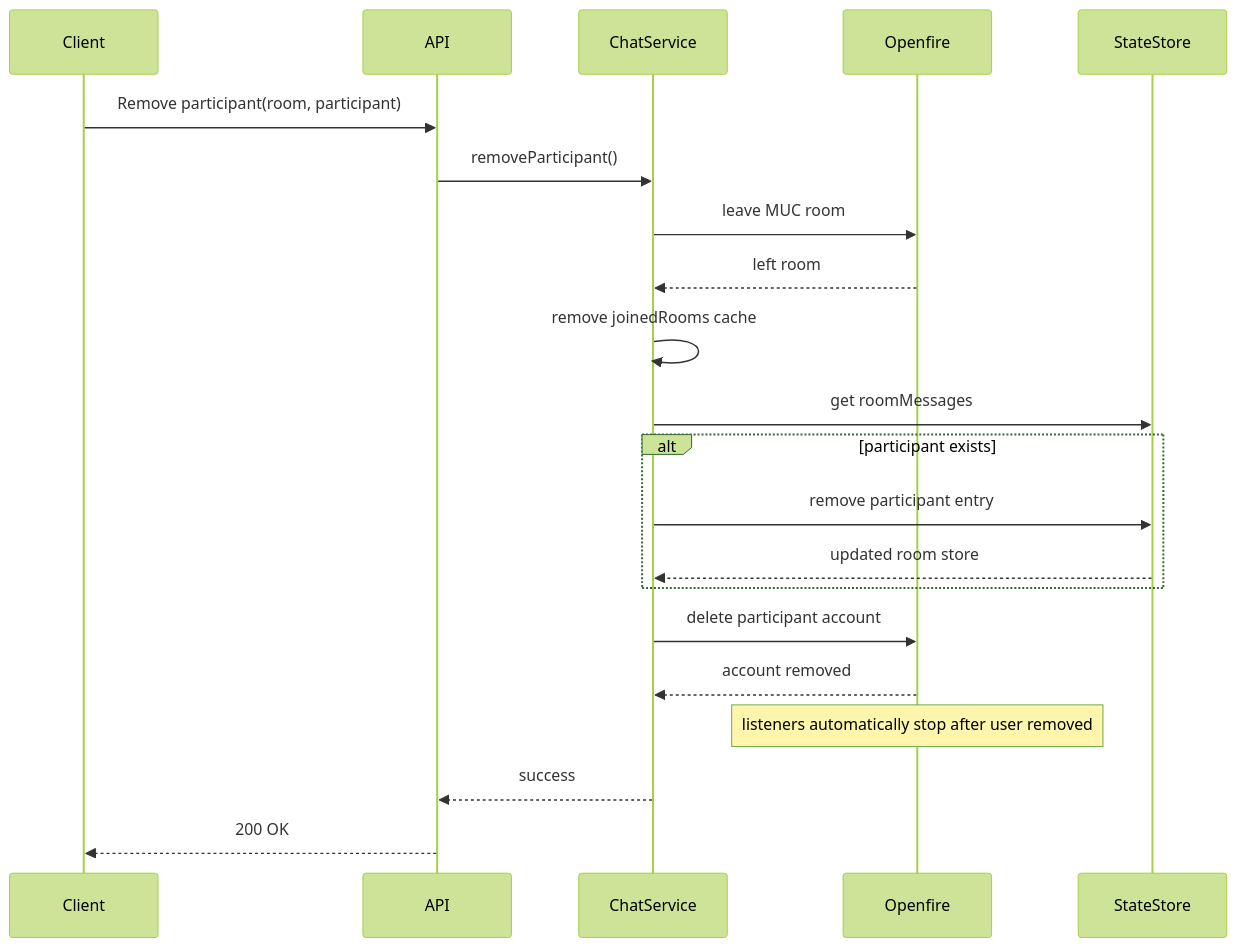
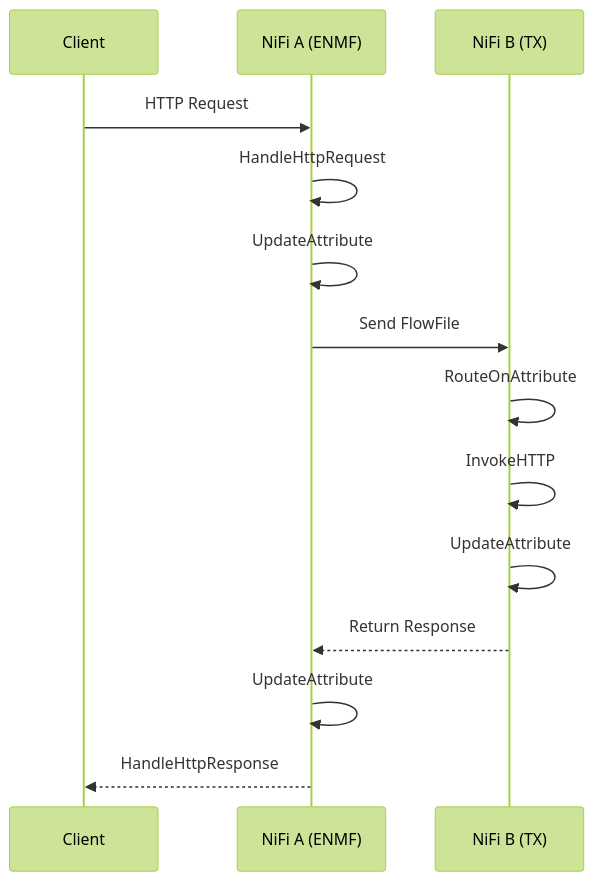
One commit to saneera/apache-nifi changed the second of 2 diagrams in openfire-chat/readme.md. Above: the diagram before and after it, drawn with Mermaid (forest theme). The commit also changed other lines of this file, not shown here.

````diff
--- a/openfire-chat/readme.md
+++ b/openfire-chat/readme.md
@@ -35,33 +137,24 @@
 ```mermaid
 
 sequenceDiagram
-    participant Client
-    participant API
-    participant ChatService
-    participant Openfire
-    participant StateStore
 
-    Client->>API: Remove participant(room, participant)
+participant Client
+participant ENMF as NiFi A (ENMF)
+participant TX as NiFi B (TX)
 
-    API->>ChatService: removeParticipant()
+Client->>ENMF: HTTP Request
+ENMF->>ENMF: HandleHttpRequest
+ENMF->>ENMF: UpdateAttribute
 
-    ChatService->>Openfire: leave MUC room
-    Openfire-->>ChatService: left room
+ENMF->>TX: Send FlowFile
 
-    ChatService->>ChatService: remove joinedRooms cache
+TX->>TX: RouteOnAttribute
+TX->>TX: InvokeHTTP
+TX->>TX: UpdateAttribute
 
-    ChatService->>StateStore: get roomMessages
+TX-->>ENMF: Return Response
 
-    alt participant exists
-        ChatService->>StateStore: remove participant entry
-        StateStore-->>ChatService: updated room store
-    end
+ENMF->>ENMF: UpdateAttribute
+ENMF-->>Client: HandleHttpResponse
 
-    ChatService->>Openfire: delete participant account
-    Openfire-->>ChatService: account removed
-
-    Note over Openfire: listeners automatically stop after user removed
-
-    ChatService-->>API: success
-    API-->>Client: 200 OK
 ```
````
